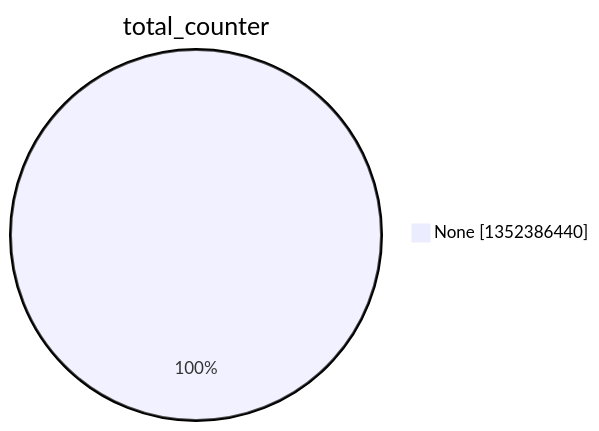
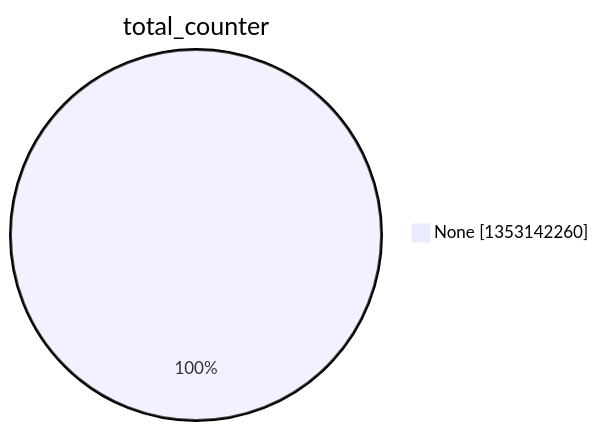
The second of 15 diagrams in argon2022/README.md (christiankrug/ctmonitor_visualization), drawn with Mermaid before and after one commit. The commit also changed other lines of this file, not shown here.

````diff
--- a/argon2022/README.md
+++ b/argon2022/README.md
@@ -9,5 +9,5 @@
 ```mermaid
 pie showData
 title total_counter
-"None" :1352386440
+"None" :1353142260
 ```
````
